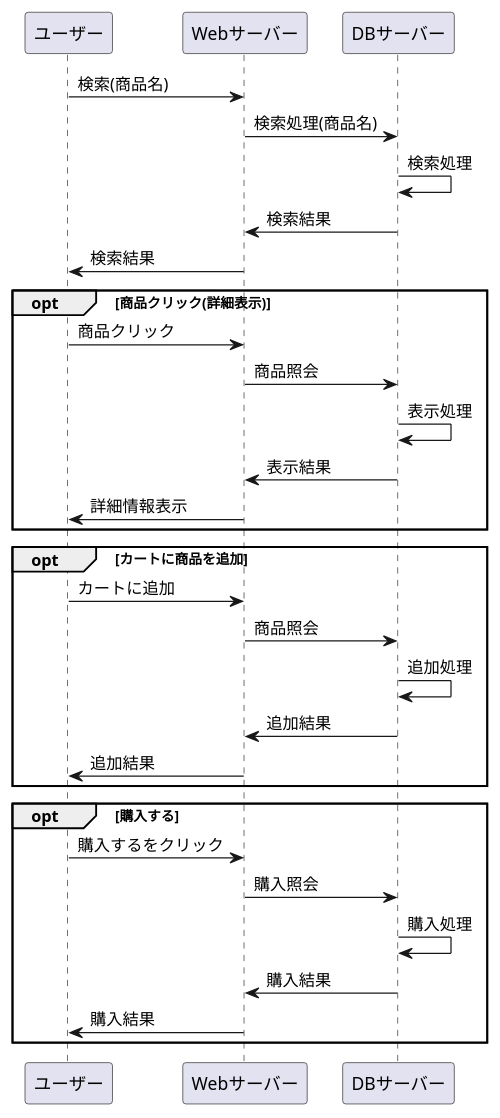
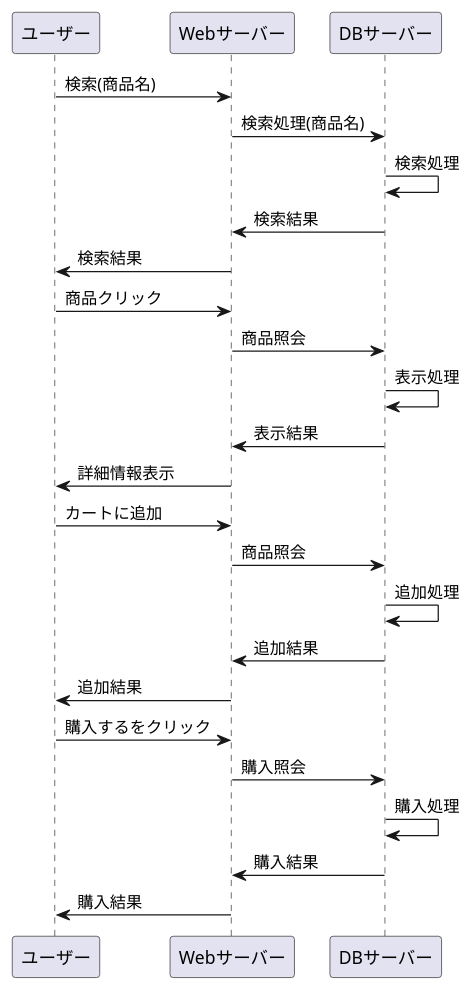
The diagram in Rainbows/業務フロー(商品購入).md (Aso2001174/2021sys-design), drawn with PlantUML before and after one commit.

````diff
--- a/Rainbows/業務フロー(商品購入).md
+++ b/Rainbows/業務フロー(商品購入).md
@@ -1,34 +1,28 @@
 ```uml
 @startuml
 ユーザー -> Webサーバー : 検索(商品名)
 Webサーバー -> DBサーバー : 検索処理(商品名)
 DBサーバー -> DBサーバー : 検索処理
 DBサーバー -> Webサーバー : 検索結果
 Webサーバー -> ユーザー : 検索結果
 
-opt 商品クリック(詳細表示)
 ユーザー -> Webサーバー : 商品クリック
 Webサーバー -> DBサーバー : 商品照会
 DBサーバー -> DBサーバー : 表示処理
 DBサーバー -> Webサーバー : 表示結果
 Webサーバー -> ユーザー : 詳細情報表示
-end
 
-opt カートに商品を追加
 ユーザー -> Webサーバー : カートに追加
 Webサーバー -> DBサーバー : 商品照会
 DBサーバー -> DBサーバー : 追加処理
 DBサーバー -> Webサーバー : 追加結果
 Webサーバー -> ユーザー : 追加結果
-end
 
-opt 購入する
 ユーザー -> Webサーバー : 購入するをクリック
 Webサーバー -> DBサーバー : 購入照会
 DBサーバー -> DBサーバー : 購入処理
 DBサーバー -> Webサーバー : 購入結果
 Webサーバー -> ユーザー : 購入結果
-end
 
 @enduml
 ```
````
